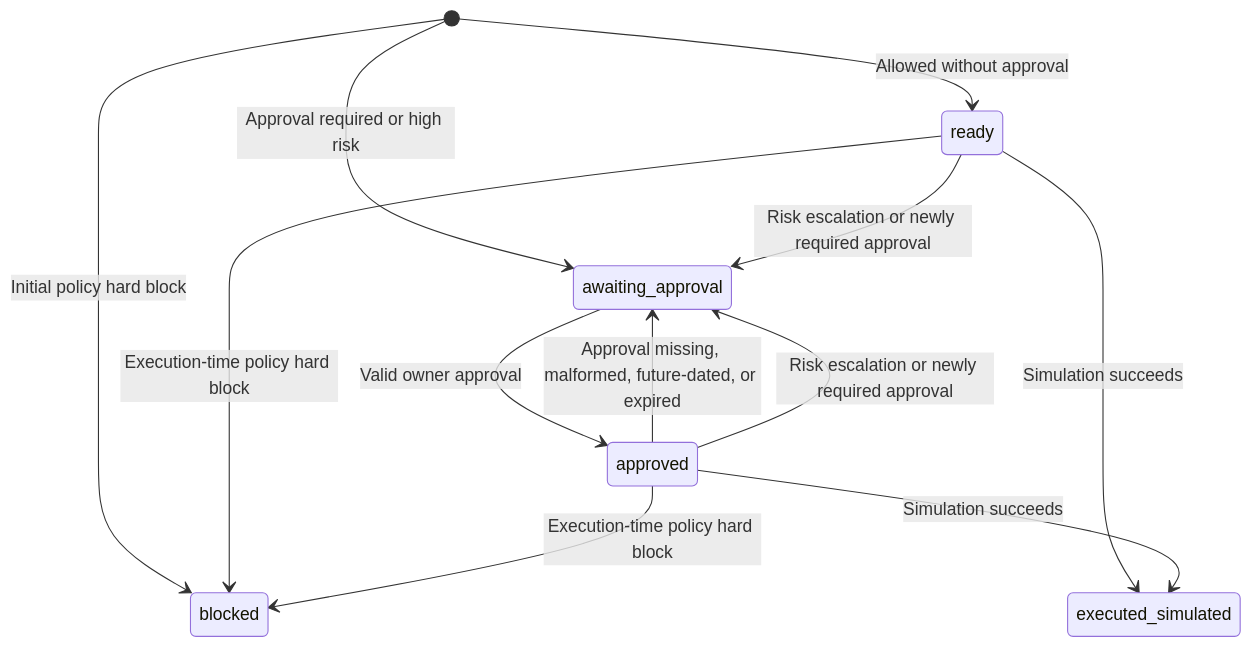
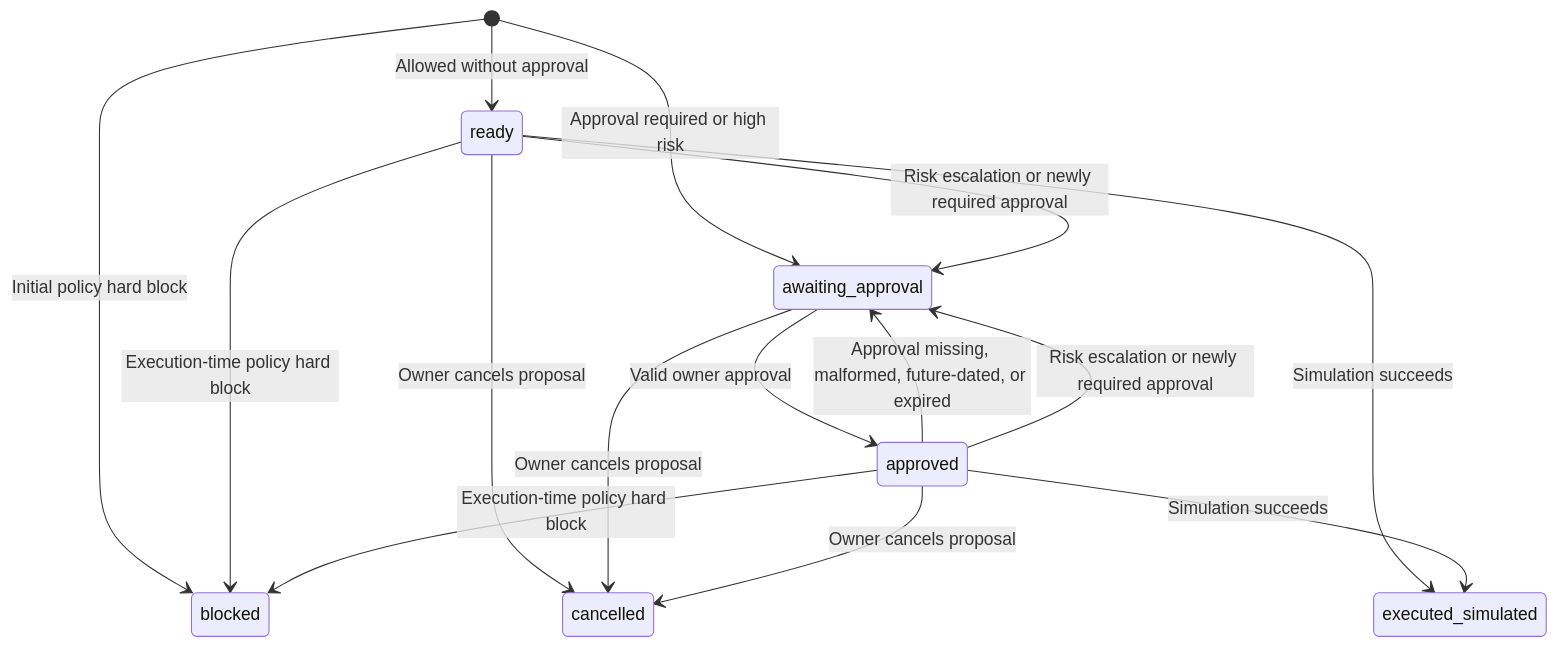
One commit to NEXE-sudo/aegis-agent-wallet changed the diagram in docs/workflow-state-transitions.md. Above: the diagram before and after it, drawn with Mermaid. The commit also changed other lines of this file and 22 other files, not shown here.

````diff
--- a/docs/workflow-state-transitions.md
+++ b/docs/workflow-state-transitions.md
@@ -9,18 +9,21 @@
 ```mermaid
 stateDiagram-v2
     [*] --> blocked: Initial policy hard block
     [*] --> awaiting_approval: Approval required or high risk
     [*] --> ready: Allowed without approval
 
+    ready --> cancelled: Owner cancels proposal
+    awaiting_approval --> cancelled: Owner cancels proposal
+    approved --> cancelled: Owner cancels proposal
     awaiting_approval --> approved: Valid owner approval
     approved --> awaiting_approval: Approval missing, malformed, future-dated, or expired
 
     ready --> blocked: Execution-time policy hard block
     approved --> blocked: Execution-time policy hard block
 
     ready --> awaiting_approval: Risk escalation or newly required approval
     approved --> awaiting_approval: Risk escalation or newly required approval
 
     ready --> executed_simulated: Simulation succeeds
     approved --> executed_simulated: Simulation succeeds
 ```
````
